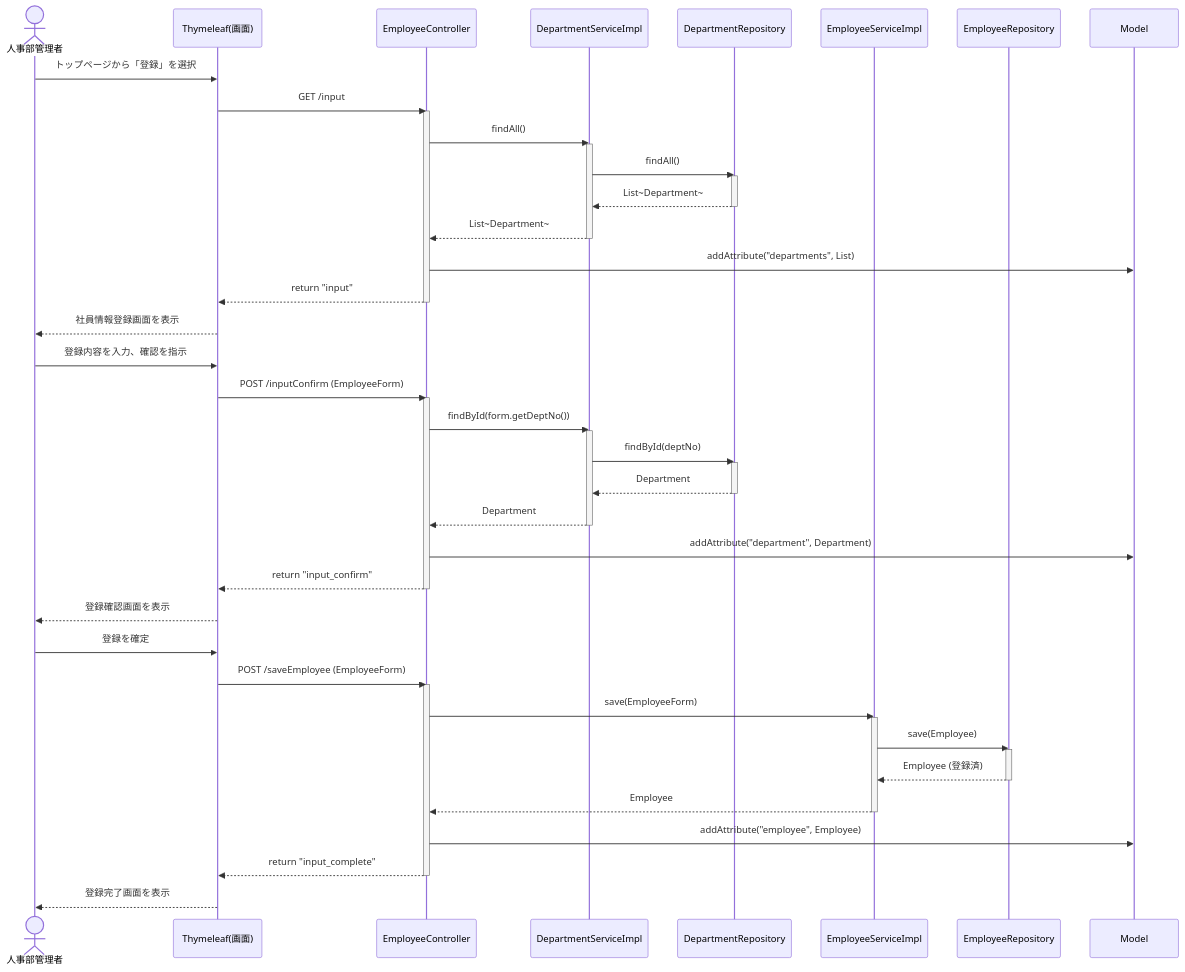
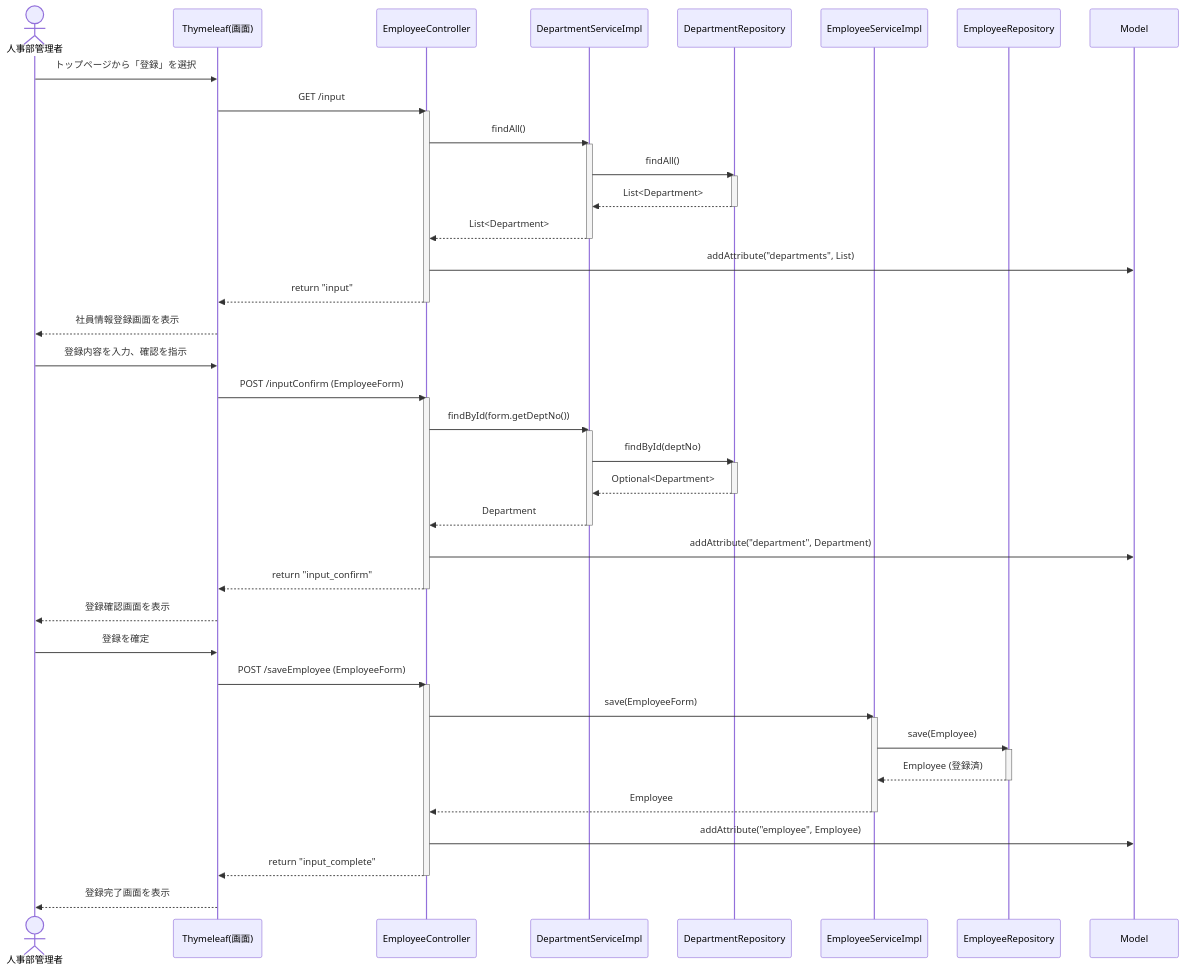
Diagram 27 of 29 in EIMS_Comprehensive_Exercise_Guide.md (juyeongjung1/NewEIMS), drawn with Mermaid before and after one commit. The commit also changed other lines of this file and 21 other files, not shown here.

````diff
--- a/EIMS_Comprehensive_Exercise_Guide.md
+++ b/EIMS_Comprehensive_Exercise_Guide.md
@@ -2087,63 +2089,63 @@
 ```mermaid
 sequenceDiagram
     actor Admin as 人事部管理者
     participant View as Thymeleaf(画面)
     participant Ctrl as EmployeeController
     participant DSvc as DepartmentServiceImpl
     participant DRep as DepartmentRepository
     participant Svc as EmployeeServiceImpl
     participant Rep as EmployeeRepository
     participant Model as Model
 
     Admin ->> View: トップページから「登録」を選択
     View ->> Ctrl: GET /input
     activate Ctrl
     Ctrl ->> DSvc: findAll()
     activate DSvc
     DSvc ->> DRep: findAll()
     activate DRep
-    DRep -->> DSvc: List~Department~
+    DRep -->> DSvc: List<Department>
     deactivate DRep
-    DSvc -->> Ctrl: List~Department~
+    DSvc -->> Ctrl: List<Department>
     deactivate DSvc
     Ctrl ->> Model: addAttribute("departments", List)
     Ctrl -->> View: return "input"
     deactivate Ctrl
     View -->> Admin: 社員情報登録画面を表示
 
     Admin ->> View: 登録内容を入力、確認を指示
     View ->> Ctrl: POST /inputConfirm (EmployeeForm)
     activate Ctrl
   
     Ctrl ->> DSvc: findById(form.getDeptNo())
     activate DSvc
     DSvc ->> DRep: findById(deptNo)
     activate DRep
-    DRep -->> DSvc: Department
+    DRep -->> DSvc: Optional<Department>
     deactivate DRep
     DSvc -->> Ctrl: Department
     deactivate DSvc
   
     Ctrl ->> Model: addAttribute("department", Department)
     Ctrl -->> View: return "input_confirm"
     deactivate Ctrl
     View -->> Admin: 登録確認画面を表示
   
     Admin ->> View: 登録を確定
     View ->> Ctrl: POST /saveEmployee (EmployeeForm)
     activate Ctrl
   
     Ctrl ->> Svc: save(EmployeeForm)
     activate Svc
     Svc ->> Rep: save(Employee)
     activate Rep
     Rep -->> Svc: Employee (登録済)
     deactivate Rep
     Svc -->> Ctrl: Employee
     deactivate Svc
     Ctrl ->> Model: addAttribute("employee", Employee)
   
     Ctrl -->> View: return "input_complete"
     deactivate Ctrl
     View -->> Admin: 登録完了画面を表示
 ```
````
